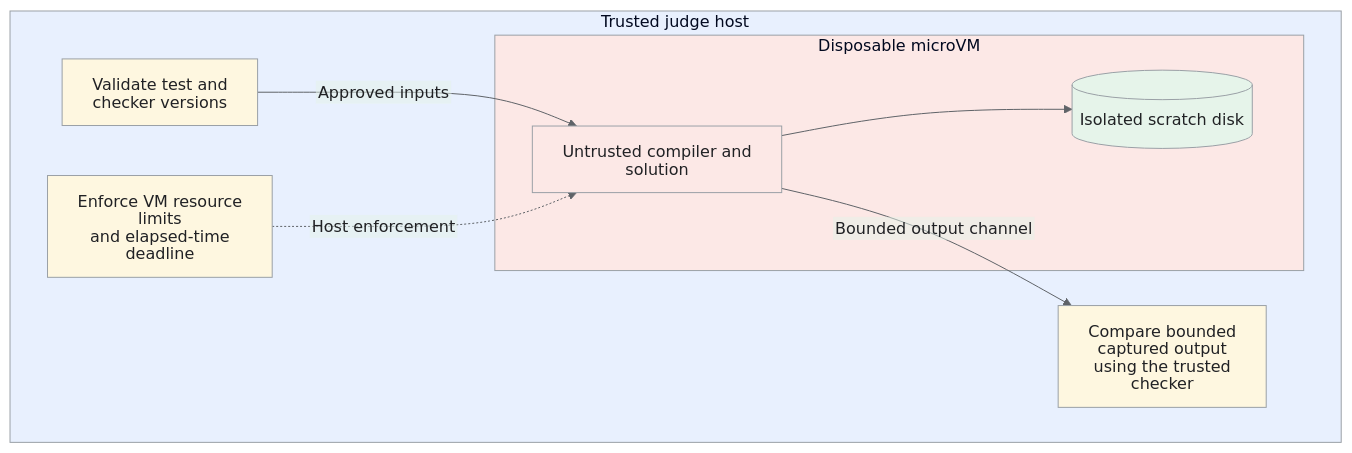
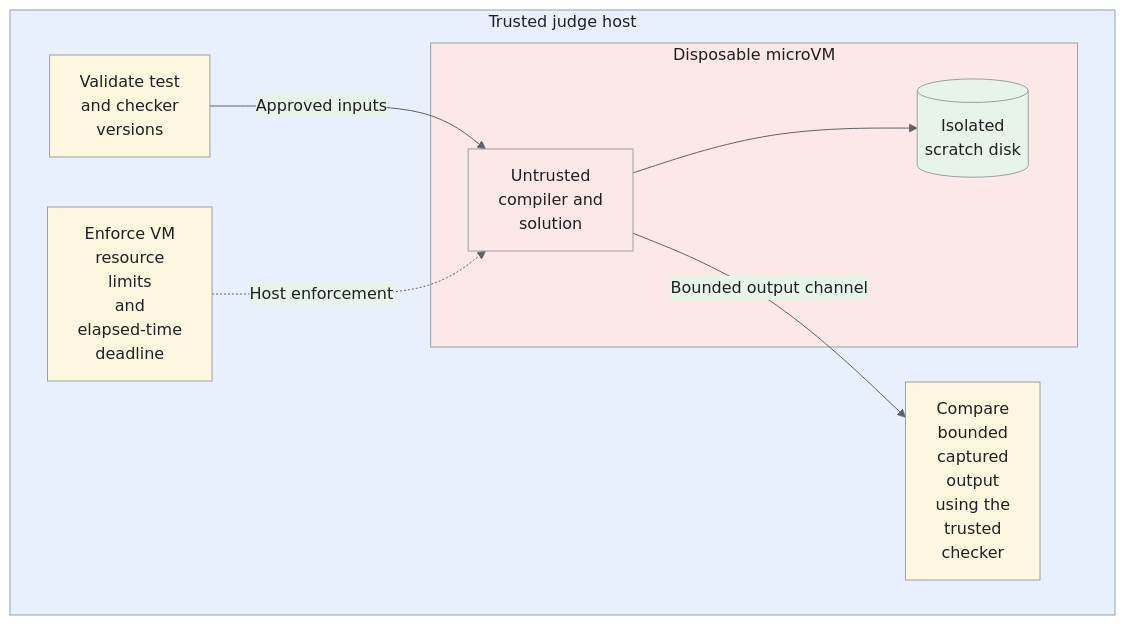
The fourth of 5 diagrams in _designs/system-design-leetcode.md (iliazlobin/iliazlobin.github.io), drawn with Mermaid before and after one commit. The commit also changed other lines of this file and 116 other files, not shown here.

````diff
--- a/_designs/system-design-leetcode.md
+++ b/_designs/system-design-leetcode.md
@@ -252,26 +272,26 @@
 ```mermaid
-%%{init: {'theme':'base','htmlLabels':false,'flowchart':{'htmlLabels':false},'themeVariables':{'fontFamily':'Arial, sans-serif','primaryColor':'#e8f0fe','primaryTextColor':'#202124','primaryBorderColor':'#9aa0a6','lineColor':'#5f6368','secondaryColor':'#e6f4ea','tertiaryColor':'#fef7e0','actorBkg':'#e8f0fe','actorBorder':'#9aa0a6','actorTextColor':'#202124','noteBkgColor':'#fef7e0','noteTextColor':'#202124','noteBorderColor':'#9aa0a6','signalColor':'#5f6368','signalTextColor':'#202124','labelBoxBkgColor':'#fef7e0','labelBoxBorderColor':'#9aa0a6'}}}%%
+%%{init: {"theme":"base","themeVariables":{"primaryColor":"#e8f0fe","primaryTextColor":"#202124","primaryBorderColor":"#9aa0a6","lineColor":"#5f6368","secondaryColor":"#e6f4ea","tertiaryColor":"#fef7e0","actorBkg":"#e8f0fe","actorBorder":"#9aa0a6","actorTextColor":"#202124","noteBkgColor":"#fef7e0","noteTextColor":"#202124","noteBorderColor":"#9aa0a6","signalColor":"#5f6368","signalTextColor":"#202124","labelBoxBkgColor":"#fef7e0","labelBoxBorderColor":"#9aa0a6"}}}%%
 flowchart TB
   subgraph Host["Trusted judge host"]
-    V["Validate test and checker versions"]
-    L["Enforce VM resource limits<br>and elapsed-time deadline"]
-    C["Compare bounded captured output<br>using the trusted checker"]
+    V["Validate test<br>and checker<br>versions"]
+    L["Enforce VM<br>resource<br>limits<br>and<br>elapsed-time<br>deadline"]
+    C["Compare<br>bounded<br>captured<br>output<br>using the<br>trusted<br>checker"]
     subgraph VM["Disposable microVM"]
-      U["Untrusted compiler and solution"]
-      D[("Isolated scratch disk")]
+      U["Untrusted<br>compiler and<br>solution"]
+      D[("Isolated<br>scratch disk")]
       U --> D
     end
     V -->|"Approved inputs"| U
     L -.->|"Host enforcement"| U
     U -->|"Bounded output channel"| C
   end
   class V,L,C control
   class U danger
   class D data
   style Host fill:#e8f0fe,stroke:#9aa0a6,color:#202124
   style VM fill:#fce8e6,stroke:#9aa0a6,color:#202124
 classDef request fill:#e8f0fe,stroke:#9aa0a6,color:#202124;
 classDef data fill:#e6f4ea,stroke:#9aa0a6,color:#202124;
 classDef control fill:#fef7e0,stroke:#9aa0a6,color:#202124;
 classDef danger fill:#fce8e6,stroke:#9aa0a6,color:#202124;
 ```
````
